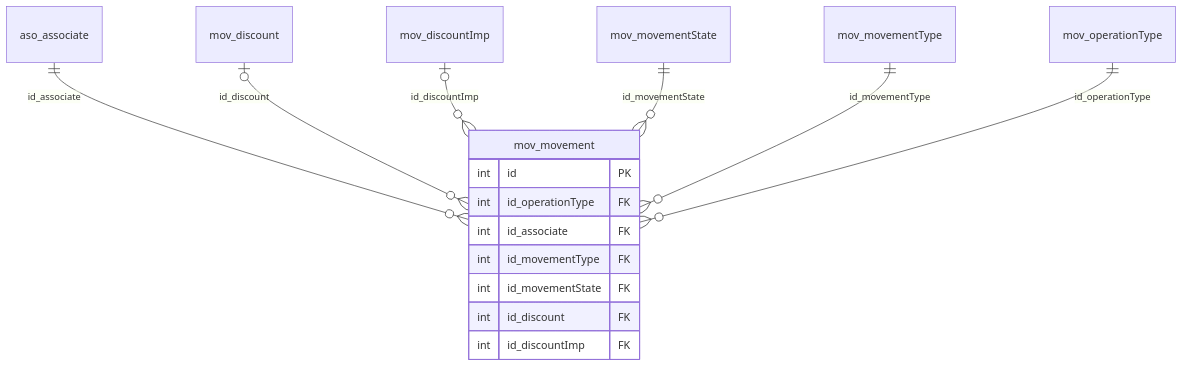
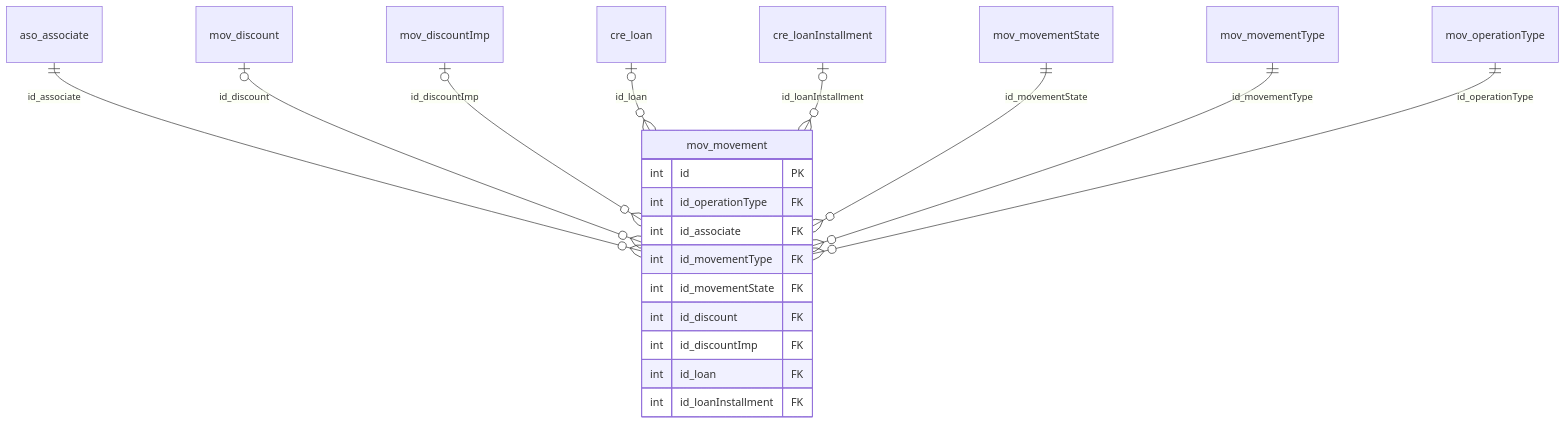
One commit to softwaresamm/IDAE.Docs changed the diagram in docs/safe/database/mov/movement.md. Above: the diagram before and after it, drawn with Mermaid. The commit also changed other lines of this file and 13 other files, not shown here.

First line of the commit message:
docs: document SAFE loan installment payment from movements

````diff
--- a/docs/safe/database/mov/movement.md
+++ b/docs/safe/database/mov/movement.md
@@ -55,24 +57,30 @@
 ```mermaid
 erDiagram
     mov_movement {
         int id PK
         int id_operationType FK
         int id_associate FK
         int id_movementType FK
         int id_movementState FK
         int id_discount FK
         int id_discountImp FK
+        int id_loan FK
+        int id_loanInstallment FK
     }
     aso_associate
     mov_discount
     mov_discountImp
+    cre_loan
+    cre_loanInstallment
     mov_movementState
     mov_movementType
     mov_operationType
     aso_associate ||--o{ mov_movement : "id_associate"
     mov_discount |o--o{ mov_movement : "id_discount"
     mov_discountImp |o--o{ mov_movement : "id_discountImp"
+    cre_loan |o--o{ mov_movement : "id_loan"
+    cre_loanInstallment |o--o{ mov_movement : "id_loanInstallment"
     mov_movementState ||--o{ mov_movement : "id_movementState"
     mov_movementType ||--o{ mov_movement : "id_movementType"
     mov_operationType ||--o{ mov_movement : "id_operationType"
 ```
````
